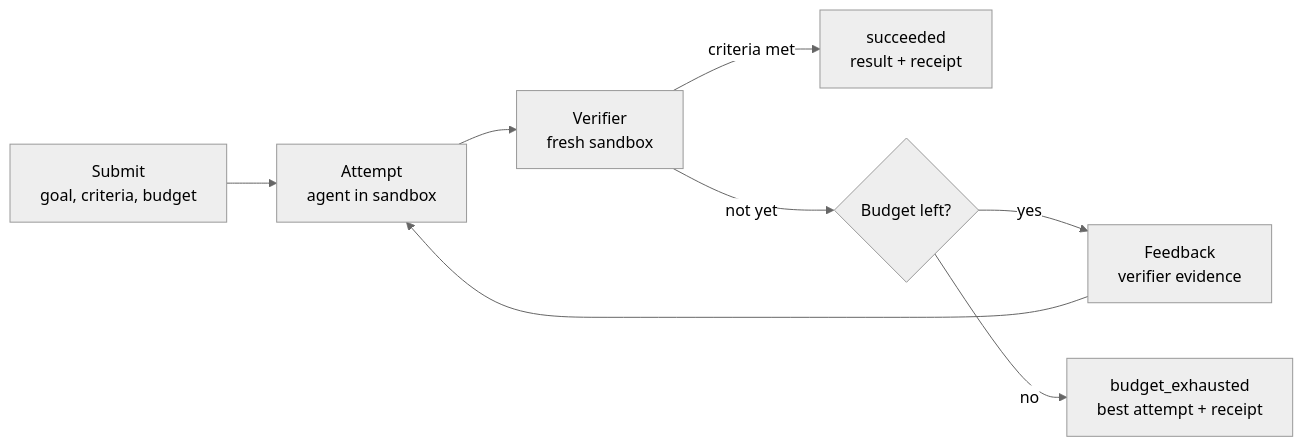
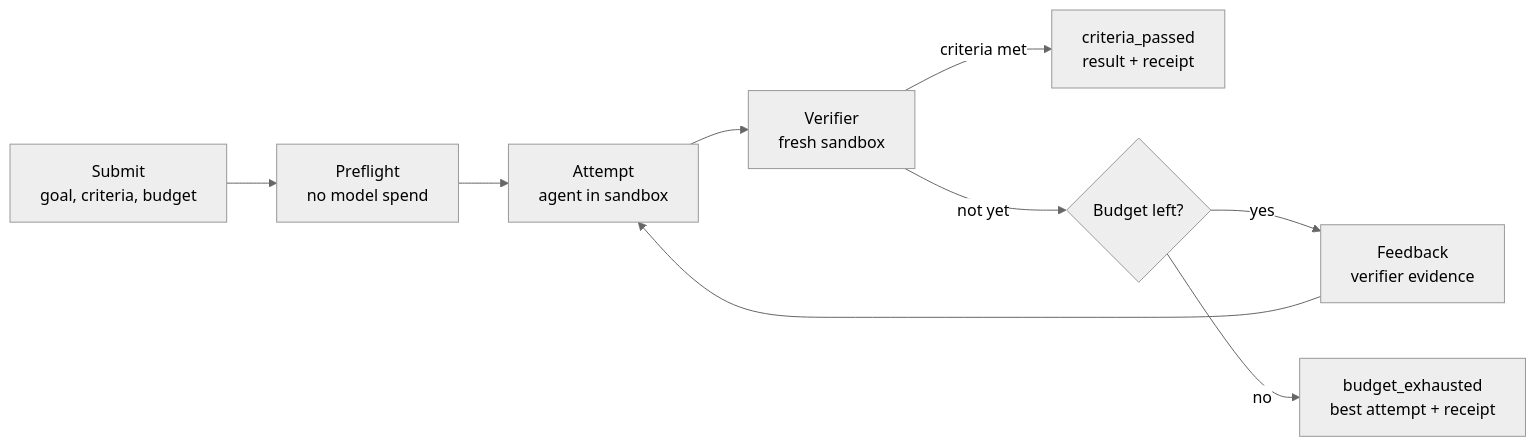
The diagram in README.md (deepmehta27/Proofwork), drawn with Mermaid (neutral theme) before and after one commit. The commit also changed other lines of this file and 1 other file, not shown here.

First line of the commit message:
Add design doc, revised after review; split the budget claim

````diff
--- a/README.md
+++ b/README.md
@@ -41,10 +42,11 @@
 ```mermaid
 flowchart LR
-    A["Submit<br/>goal, criteria, budget"] --> B["Attempt<br/>agent in sandbox"]
+    A["Submit<br/>goal, criteria, budget"] --> P["Preflight<br/>no model spend"]
+    P --> B["Attempt<br/>agent in sandbox"]
     B --> C["Verifier<br/>fresh sandbox"]
-    C -->|criteria met| S["succeeded<br/>result + receipt"]
+    C -->|criteria met| S["criteria_passed<br/>result + receipt"]
     C -->|not yet| D{"Budget left?"}
     D -->|yes| E["Feedback<br/>verifier evidence"]
     E --> B
     D -->|no| X["budget_exhausted<br/>best attempt + receipt"]
 ```
````
